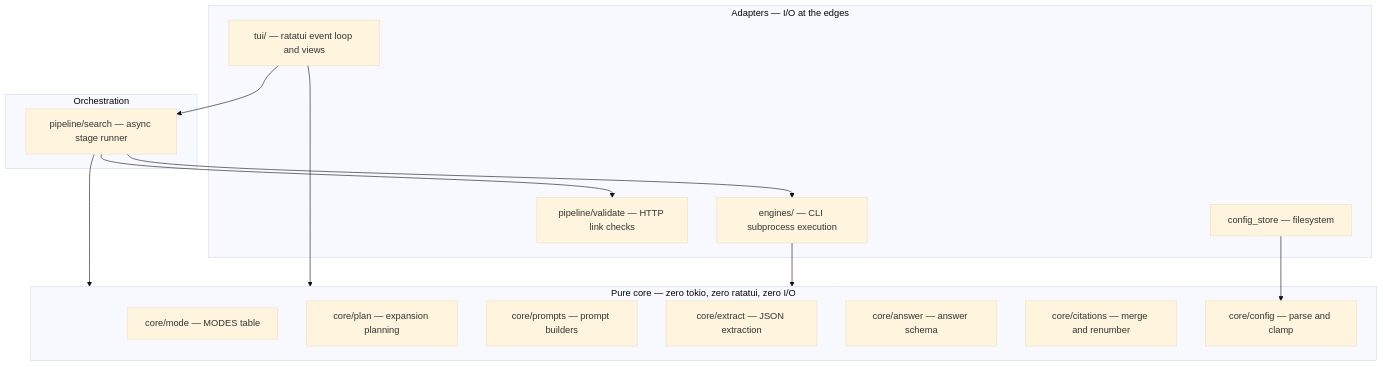
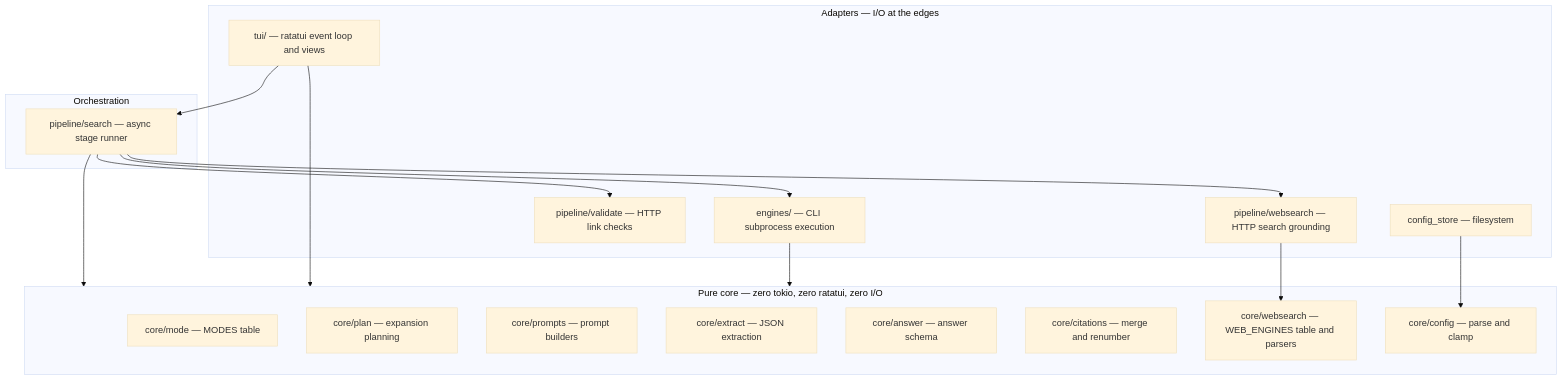
One commit to guisolski/muaddib changed the first of 2 diagrams in docs/architecture.md. Above: the diagram before and after it, drawn with Mermaid (base theme). The commit also changed other lines of this file and 6 other files, not shown here.

Commit message:
docs: record ADR-0007 and document built-in web search

````diff
--- a/docs/architecture.md
+++ b/docs/architecture.md
@@ -9,28 +9,32 @@
 ```mermaid
 flowchart TB
     subgraph adapters [Adapters — I/O at the edges]
         TUI[tui/ — ratatui event loop and views]
         ENG[engines/ — CLI subprocess execution]
         VAL[pipeline/validate — HTTP link checks]
+        WEB[pipeline/websearch — HTTP search grounding]
         CFG[config_store — filesystem]
     end
     subgraph orchestration [Orchestration]
         PIPE[pipeline/search — async stage runner]
     end
     subgraph core [Pure core — zero tokio, zero ratatui, zero I/O]
         MODE[core/mode — MODES table]
         PLAN[core/plan — expansion planning]
         PROMPT[core/prompts — prompt builders]
         EXTRACT[core/extract — JSON extraction]
         ANSWER[core/answer — answer schema]
         CIT[core/citations — merge and renumber]
+        WEBT[core/websearch — WEB_ENGINES table and parsers]
         CONF[core/config — parse and clamp]
     end
     TUI --> PIPE
     PIPE --> ENG
     PIPE --> VAL
+    PIPE --> WEB
     PIPE --> core
     TUI --> core
     ENG --> core
+    WEB --> WEBT
     CFG --> CONF
 ```
````
